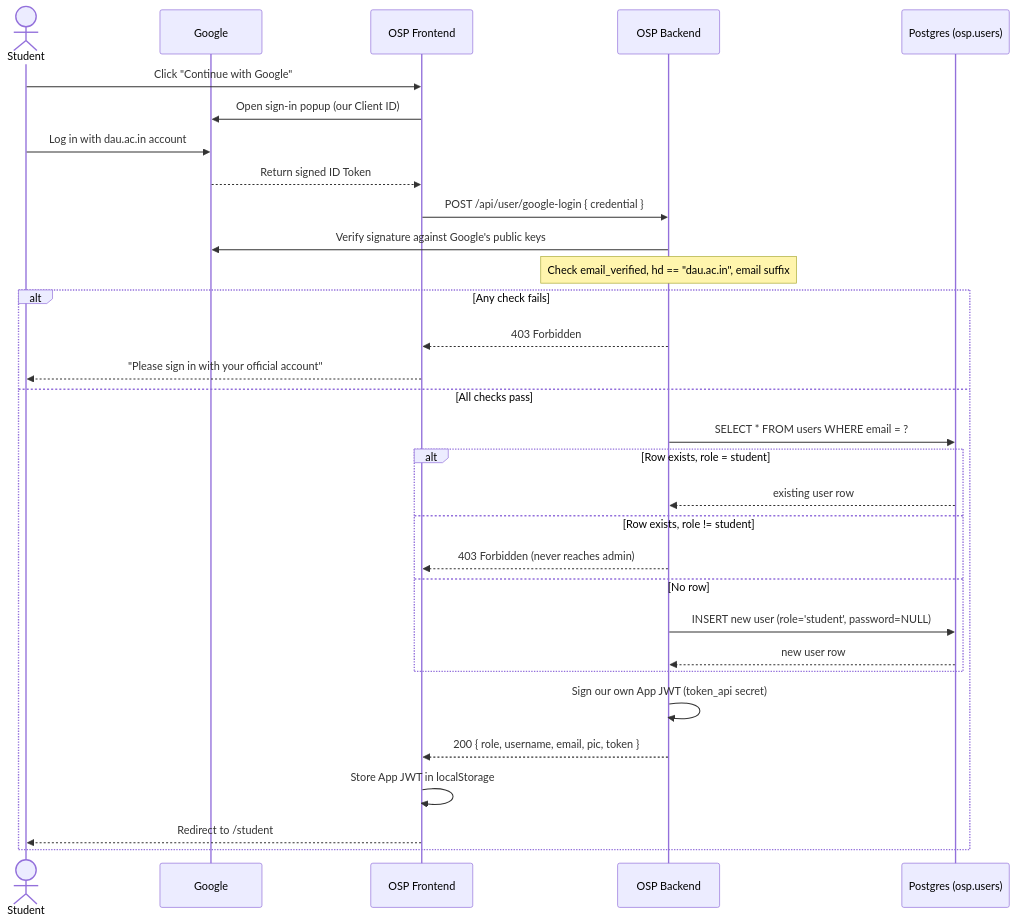
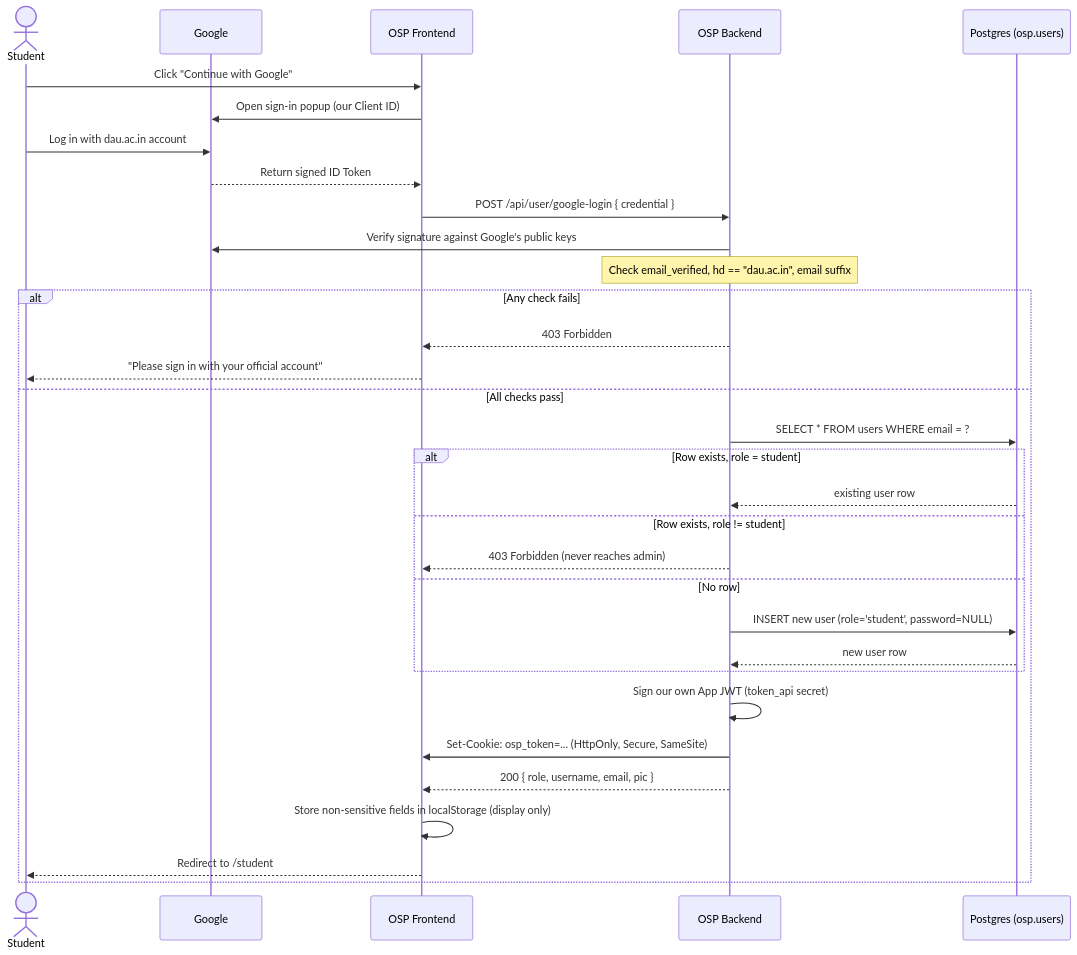
One commit to VraJ-594/online_scholarship_portal changed the first of 2 diagrams in OSP_OAuth_Implementation.md. Above: the diagram before and after it, drawn with Mermaid. The commit also changed other lines of this file and 28 other files, not shown here.

First line of the commit message:
Move auth session token from localStorage to an HttpOnly cookie

````diff
--- a/OSP_OAuth_Implementation.md
+++ b/OSP_OAuth_Implementation.md
@@ -118,36 +138,37 @@
 ```mermaid
 sequenceDiagram
     actor S as Student
     participant G as Google
     participant F as OSP Frontend
     participant B as OSP Backend
     participant DB as Postgres (osp.users)
 
     S->>F: Click "Continue with Google"
     F->>G: Open sign-in popup (our Client ID)
     S->>G: Log in with dau.ac.in account
     G-->>F: Return signed ID Token
 
     F->>B: POST /api/user/google-login { credential }
     B->>G: Verify signature against Google's public keys
     Note over B: Check email_verified, hd == "dau.ac.in", email suffix
 
     alt Any check fails
         B-->>F: 403 Forbidden
         F-->>S: "Please sign in with your official account"
     else All checks pass
         B->>DB: SELECT * FROM users WHERE email = ?
         alt Row exists, role = student
             DB-->>B: existing user row
         else Row exists, role != student
             B-->>F: 403 Forbidden (never reaches admin)
         else No row
             B->>DB: INSERT new user (role='student', password=NULL)
             DB-->>B: new user row
         end
         B->>B: Sign our own App JWT (token_api secret)
-        B-->>F: 200 { role, username, email, pic, token }
-        F->>F: Store App JWT in localStorage
+        B->>F: Set-Cookie: osp_token=... (HttpOnly, Secure, SameSite)
+        B-->>F: 200 { role, username, email, pic }
+        F->>F: Store non-sensitive fields in localStorage (display only)
         F-->>S: Redirect to /student
     end
 ```
````
